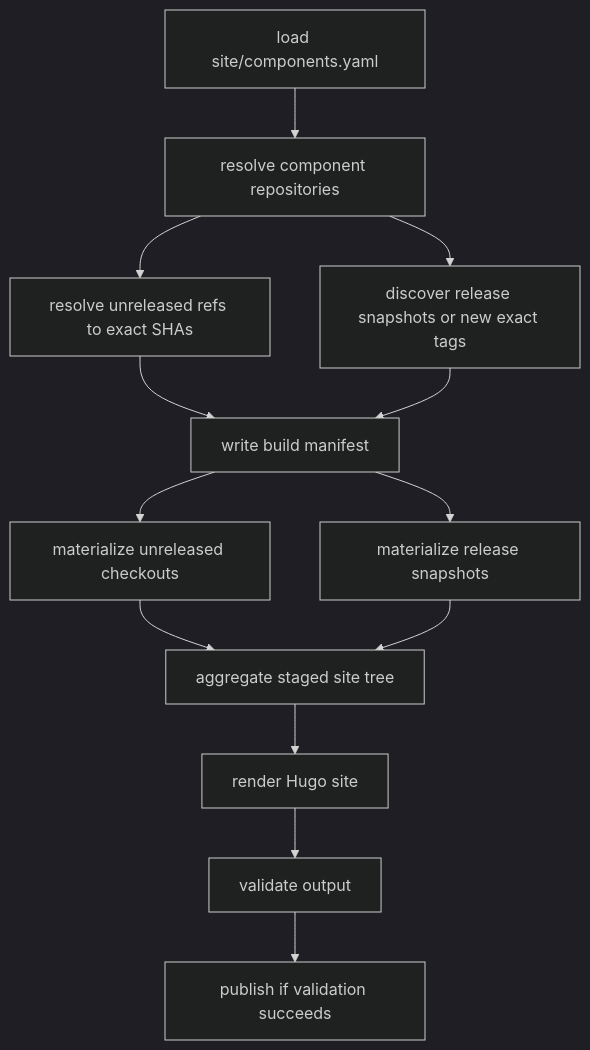
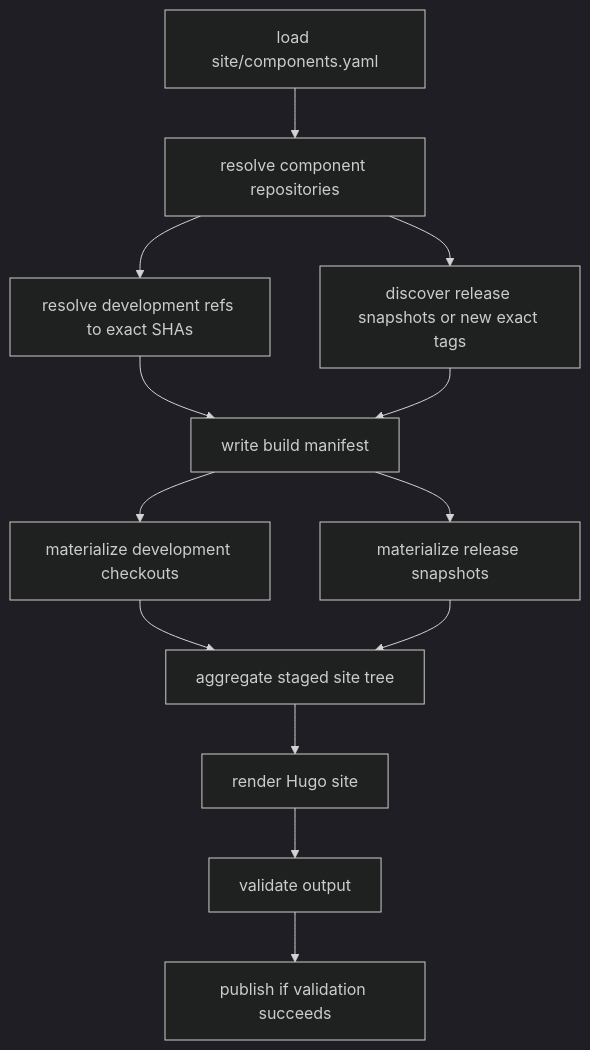
One commit to buildish-tooling/buildish changed the diagram in site/site/docs/site-ci-and-local-overrides.md. Above: the diagram before and after it, drawn with Mermaid (dark theme). The commit also changed other lines of this file and 18 other files, not shown here.

Commit message:
phase 1 - "unreleased → development" typed contract rename

````diff
--- a/site/site/docs/site-ci-and-local-overrides.md
+++ b/site/site/docs/site-ci-and-local-overrides.md
@@ -147,15 +147,15 @@
 ```mermaid
 flowchart TD
     A[load site/components.yaml] --> B[resolve component repositories]
-    B --> C[resolve unreleased refs to exact SHAs]
+    B --> C[resolve development refs to exact SHAs]
     B --> D[discover release snapshots or new exact tags]
     C --> E[write build manifest]
     D --> E
-    E --> F[materialize unreleased checkouts]
+    E --> F[materialize development checkouts]
     E --> G[materialize release snapshots]
     F --> H[aggregate staged site tree]
     G --> H
     H --> I[render Hugo site]
     I --> J[validate output]
     J --> K[publish if validation succeeds]
 ```
````
